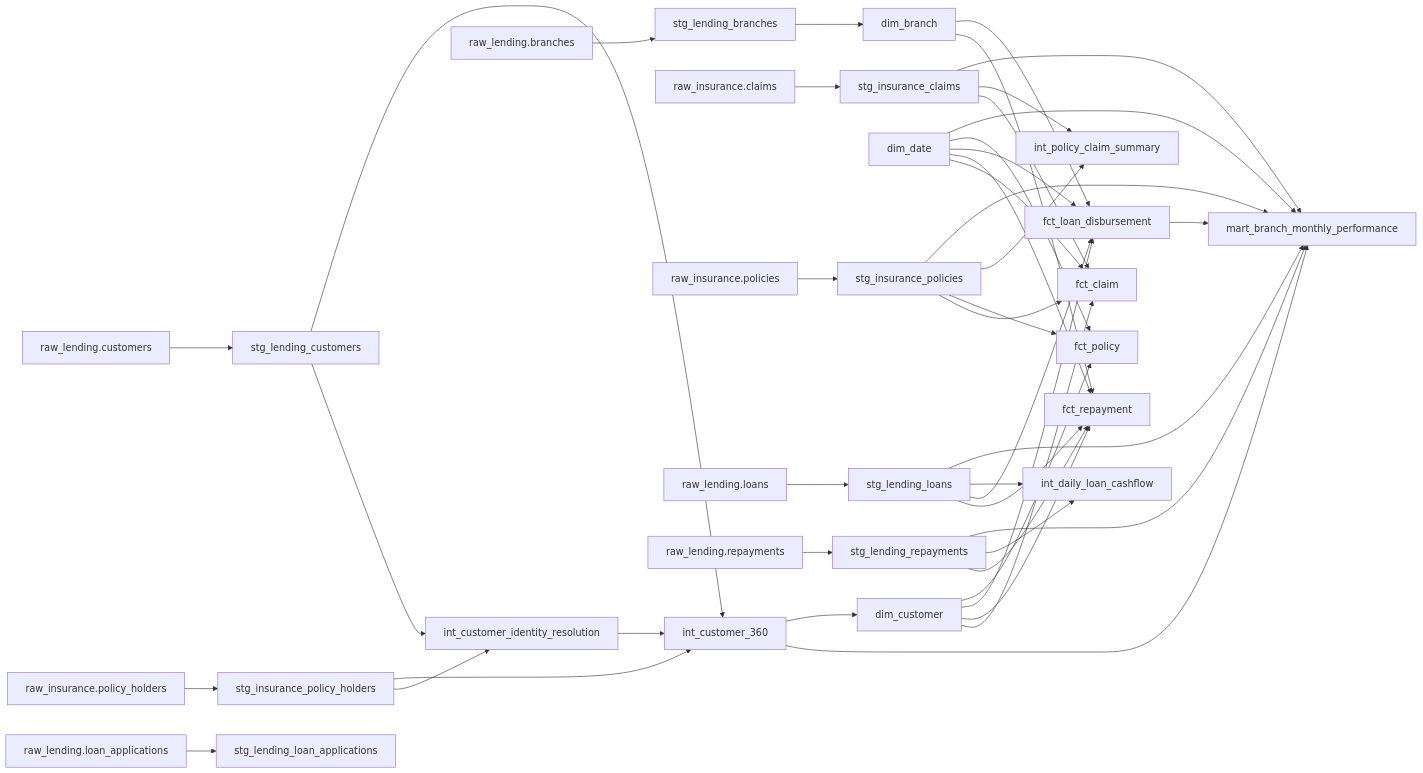
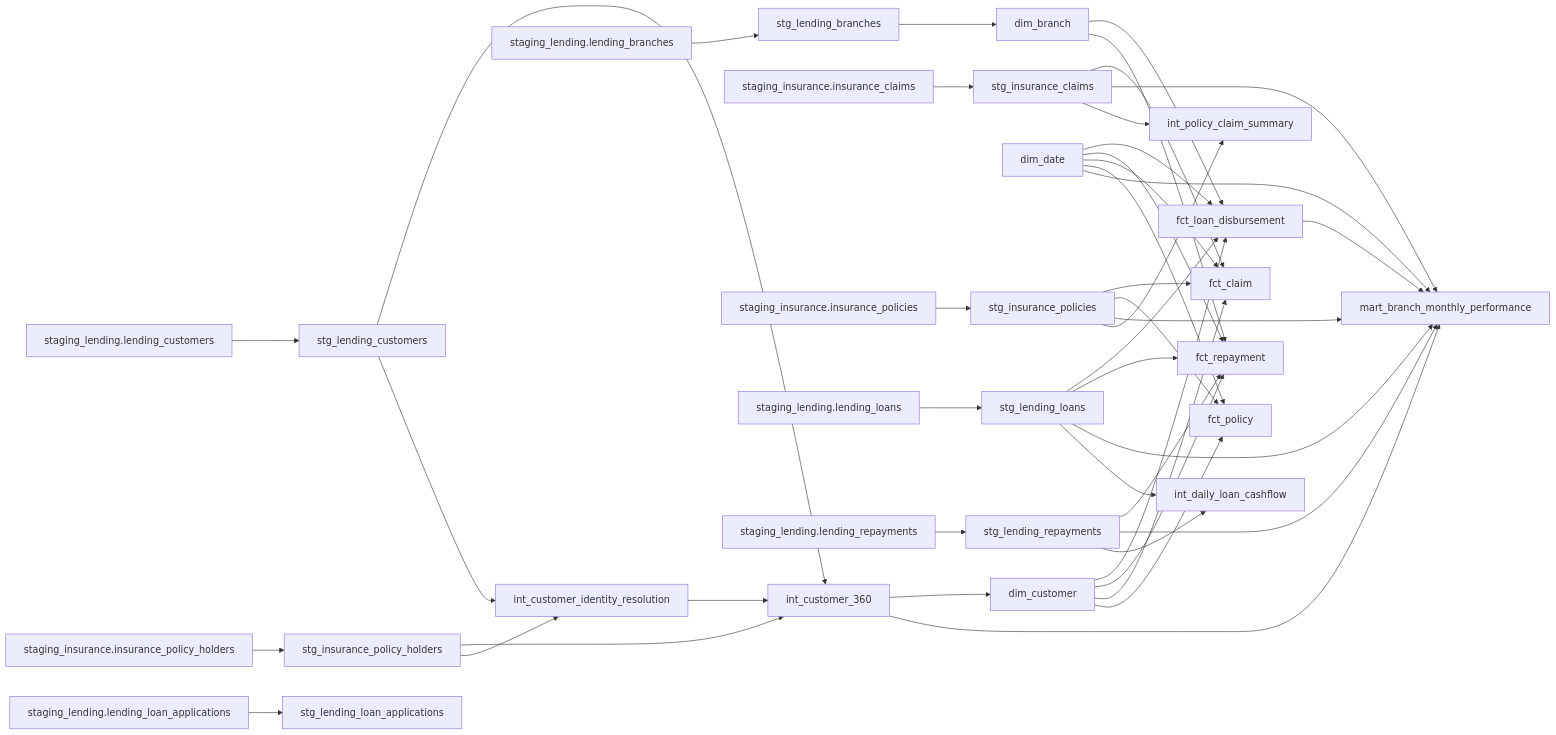
Before and after one commit to minhsphuc12/mvp-data-product: the diagram in lineage/lineage.md, drawn with Mermaid. The commit also changed 39 other files, not shown here.

````diff
--- a/lineage/lineage.md
+++ b/lineage/lineage.md
@@ -3,73 +3,73 @@
 ```mermaid
 flowchart LR
   dim_branch["dim_branch"]
   dim_customer["dim_customer"]
   dim_date["dim_date"]
   fct_claim["fct_claim"]
   fct_loan_disbursement["fct_loan_disbursement"]
   fct_policy["fct_policy"]
   fct_repayment["fct_repayment"]
   int_customer_360["int_customer_360"]
   int_customer_identity_resolution["int_customer_identity_resolution"]
   int_daily_loan_cashflow["int_daily_loan_cashflow"]
   int_policy_claim_summary["int_policy_claim_summary"]
   mart_branch_monthly_performance["mart_branch_monthly_performance"]
-  raw_insurance_claims["raw_insurance.claims"]
-  raw_insurance_policies["raw_insurance.policies"]
-  raw_insurance_policy_holders["raw_insurance.policy_holders"]
-  raw_lending_branches["raw_lending.branches"]
-  raw_lending_customers["raw_lending.customers"]
-  raw_lending_loan_applications["raw_lending.loan_applications"]
-  raw_lending_loans["raw_lending.loans"]
-  raw_lending_repayments["raw_lending.repayments"]
+  staging_insurance_insurance_claims["staging_insurance.insurance_claims"]
+  staging_insurance_insurance_policies["staging_insurance.insurance_policies"]
+  staging_insurance_insurance_policy_holders["staging_insurance.insurance_policy_holders"]
+  staging_lending_lending_branches["staging_lending.lending_branches"]
+  staging_lending_lending_customers["staging_lending.lending_customers"]
+  staging_lending_lending_loan_applications["staging_lending.lending_loan_applications"]
+  staging_lending_lending_loans["staging_lending.lending_loans"]
+  staging_lending_lending_repayments["staging_lending.lending_repayments"]
   stg_insurance_claims["stg_insurance_claims"]
   stg_insurance_policies["stg_insurance_policies"]
   stg_insurance_policy_holders["stg_insurance_policy_holders"]
   stg_lending_branches["stg_lending_branches"]
   stg_lending_customers["stg_lending_customers"]
   stg_lending_loan_applications["stg_lending_loan_applications"]
   stg_lending_loans["stg_lending_loans"]
   stg_lending_repayments["stg_lending_repayments"]
+  stg_lending_loans --> fct_loan_disbursement
+  dim_date --> fct_loan_disbursement
+  dim_branch --> fct_loan_disbursement
+  dim_customer --> fct_loan_disbursement
+  stg_lending_repayments --> fct_repayment
+  stg_lending_loans --> fct_repayment
+  dim_date --> fct_repayment
+  dim_branch --> fct_repayment
+  dim_customer --> fct_repayment
+  stg_insurance_claims --> fct_claim
+  stg_insurance_policies --> fct_claim
+  dim_customer --> fct_claim
+  dim_date --> fct_claim
+  stg_insurance_policies --> fct_policy
+  dim_customer --> fct_policy
+  dim_date --> fct_policy
   int_customer_360 --> dim_customer
   fct_loan_disbursement --> mart_branch_monthly_performance
   stg_lending_repayments --> mart_branch_monthly_performance
   stg_lending_loans --> mart_branch_monthly_performance
   stg_insurance_policies --> mart_branch_monthly_performance
   int_customer_360 --> mart_branch_monthly_performance
   dim_date --> mart_branch_monthly_performance
   stg_insurance_claims --> mart_branch_monthly_performance
   int_customer_identity_resolution --> int_customer_360
   stg_lending_customers --> int_customer_360
   stg_insurance_policy_holders --> int_customer_360
   stg_lending_customers --> int_customer_identity_resolution
   stg_insurance_policy_holders --> int_customer_identity_resolution
-  raw_insurance_policy_holders --> stg_insurance_policy_holders
+  staging_insurance_insurance_policy_holders --> stg_insurance_policy_holders
   stg_insurance_policies --> int_policy_claim_summary
   stg_insurance_claims --> int_policy_claim_summary
-  raw_insurance_policies --> stg_insurance_policies
-  raw_insurance_claims --> stg_insurance_claims
+  staging_insurance_insurance_policies --> stg_insurance_policies
+  staging_insurance_insurance_claims --> stg_insurance_claims
   stg_lending_branches --> dim_branch
-  raw_lending_branches --> stg_lending_branches
-  raw_lending_customers --> stg_lending_customers
-  raw_lending_loan_applications --> stg_lending_loan_applications
+  staging_lending_lending_branches --> stg_lending_branches
+  staging_lending_lending_customers --> stg_lending_customers
+  staging_lending_lending_loan_applications --> stg_lending_loan_applications
   stg_lending_repayments --> int_daily_loan_cashflow
   stg_lending_loans --> int_daily_loan_cashflow
-  raw_lending_loans --> stg_lending_loans
-  raw_lending_repayments --> stg_lending_repayments
-  stg_insurance_policies --> fct_policy
-  dim_customer --> fct_policy
-  dim_date --> fct_policy
-  stg_lending_loans --> fct_loan_disbursement
-  dim_date --> fct_loan_disbursement
-  dim_branch --> fct_loan_disbursement
-  dim_customer --> fct_loan_disbursement
-  stg_lending_repayments --> fct_repayment
-  stg_lending_loans --> fct_repayment
-  dim_date --> fct_repayment
-  dim_branch --> fct_repayment
-  dim_customer --> fct_repayment
-  stg_insurance_claims --> fct_claim
-  stg_insurance_policies --> fct_claim
-  dim_customer --> fct_claim
-  dim_date --> fct_claim
+  staging_lending_lending_loans --> stg_lending_loans
+  staging_lending_lending_repayments --> stg_lending_repayments
 ```
````
